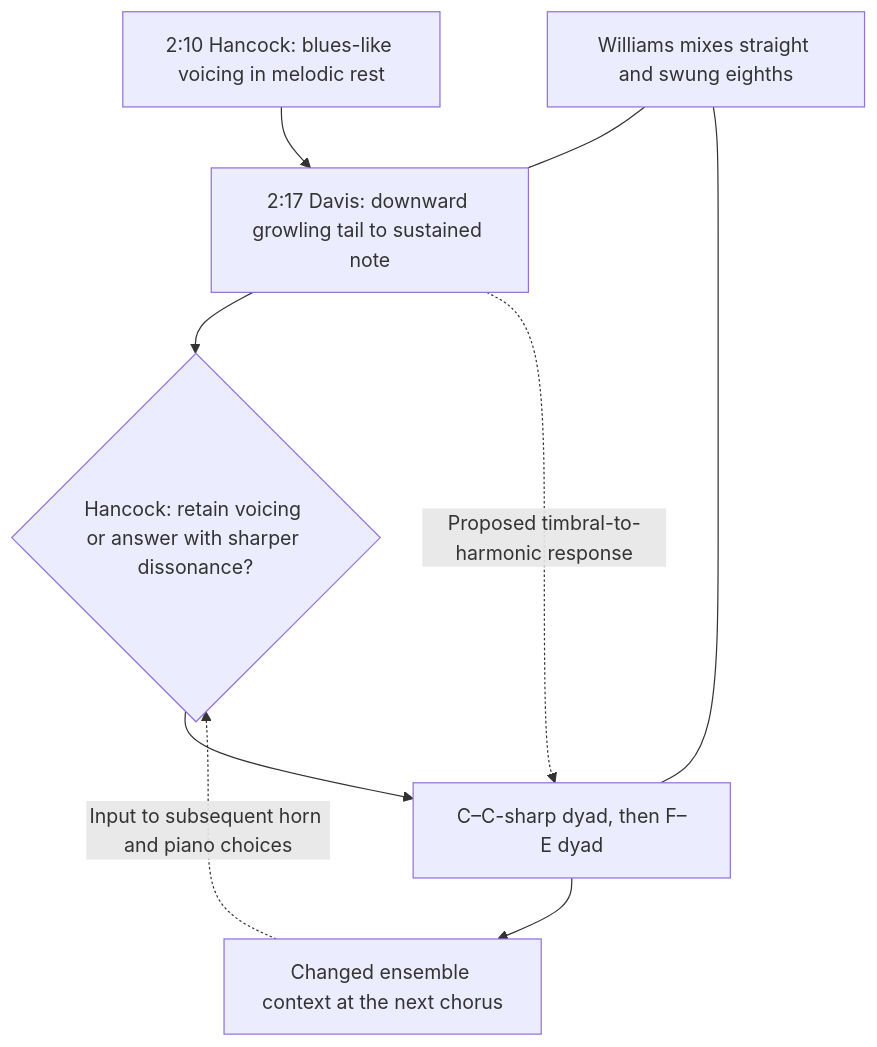
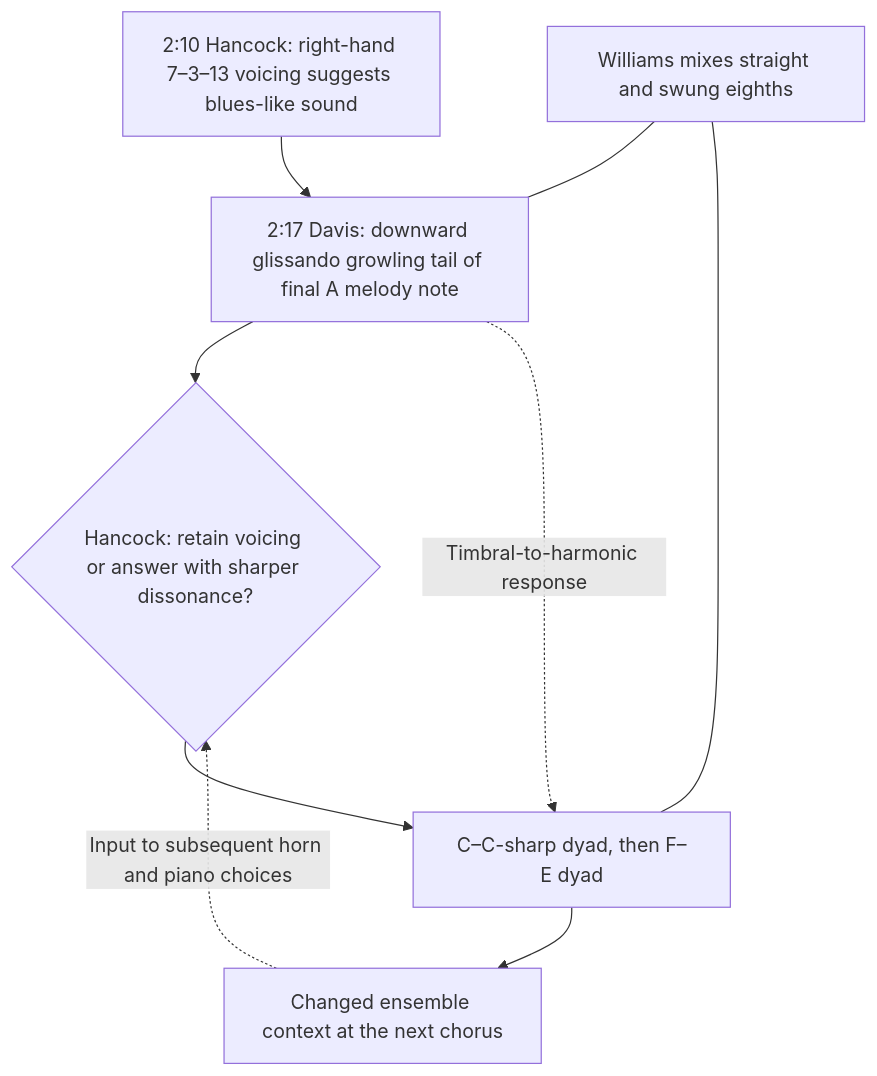
One commit to einbahnstrasse/nefertiti-analysis changed the diagram in mermaid/05-blues.md. Above: the diagram before and after it, drawn with Mermaid. The commit also changed other lines of this file and 21 other files, not shown here.

````diff
--- a/mermaid/05-blues.md
+++ b/mermaid/05-blues.md
@@ -9,11 +9,11 @@
 ```mermaid
 flowchart TD
- A["2:10 Hancock: blues-like voicing in melodic rest"] --> B["2:17 Davis: downward growling tail to sustained note"]
+ A["2:10 Hancock: right-hand 7–3–13 voicing suggests blues-like sound"] --> B["2:17 Davis: downward glissando growling tail of final A melody note"]
  B --> C{"Hancock: retain voicing or answer with sharper dissonance?"}
  C --> D["C–C-sharp dyad, then F–E dyad"]
- B -. "Proposed timbral-to-harmonic response" .-> D
+ B -. "Timbral-to-harmonic response" .-> D
  T["Williams mixes straight and swung eighths"] --- B
  T --- D
  D --> E["Changed ensemble context at the next chorus"]
  E -. "Input to subsequent horn and piano choices" .-> C
 ```
````
